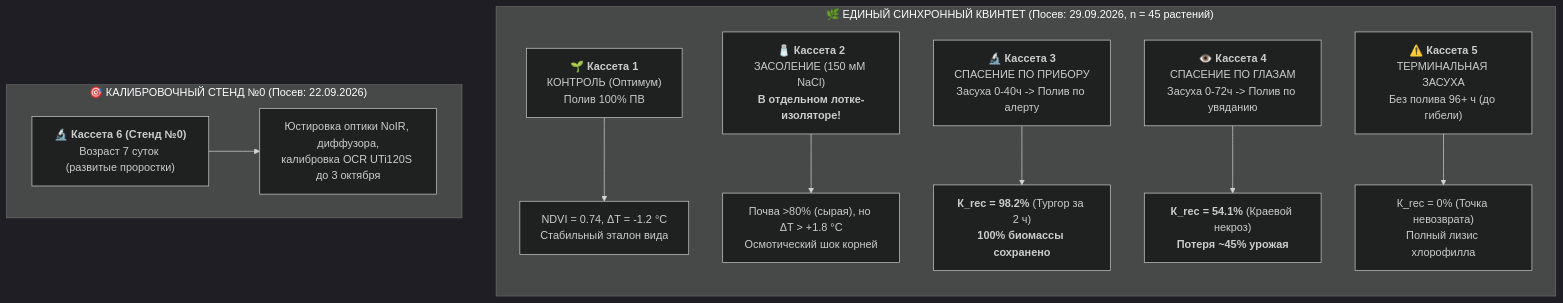
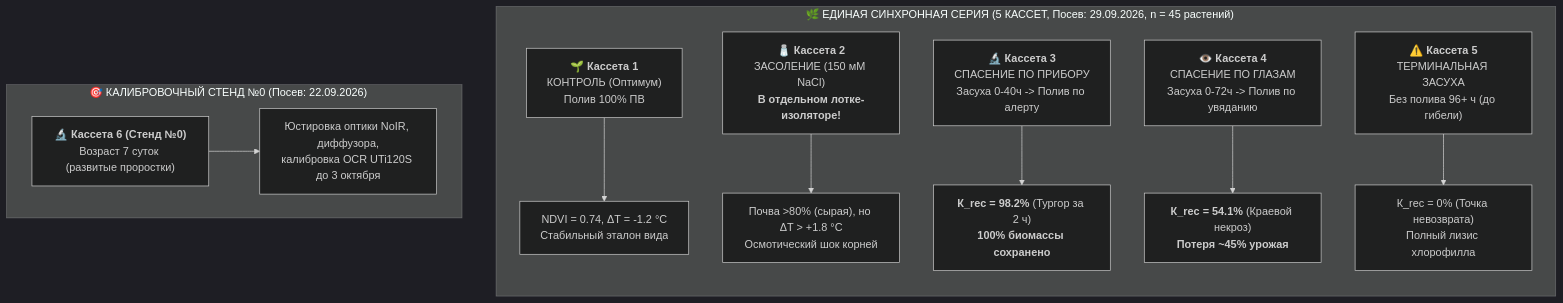
One commit to ezicvtumane/plant-stress-ndvi changed the diagram in README.md. Above: the diagram before and after it, drawn with Mermaid (dark theme). The commit also changed other lines of this file and 12 other files, not shown here.

Commit message:
feat(aruco): add colored perimeter borders to markers matching paper, sync web station colors, replace квинтет with 5 кассет

````diff
--- a/README.md
+++ b/README.md
@@ -159,15 +159,15 @@
 ```mermaid
 flowchart TD
-    subgraph S5["🌿 ЕДИНЫЙ СИНХРОННЫЙ КВИНТЕТ (Посев: 29.09.2026, n = 45 растений)&nbsp;&nbsp;&nbsp;&nbsp;"]
+    subgraph S5["🌿 ЕДИНАЯ СИНХРОННАЯ СЕРИЯ (5 КАССЕТ, Посев: 29.09.2026, n = 45 растений)&nbsp;&nbsp;&nbsp;&nbsp;"]
         direction TB
         C1["🌱 <b>Кассета 1</b><br/>КОНТРОЛЬ (Оптимум)<br/>Полив 100% ПВ"] --> R1["NDVI = 0.74, ΔT = -1.2 °C<br/>Стабильный эталон вида"]
         C2["🧂 <b>Кассета 2</b><br/>ЗАСОЛЕНИЕ (150 мМ NaCl)<br/><b>В отдельном лотке-изоляторе!</b>"] --> R2["Почва >80% (сырая), но ΔT > +1.8 °C<br/>Осмотический шок корней"]
         C3["🔬 <b>Кассета 3</b><br/>СПАСЕНИЕ ПО ПРИБОРУ<br/>Засуха 0-40ч -> Полив по алерту"] --> R3["<b>К_rec = 98.2%</b> (Тургор за 2 ч)<br/><b>100% биомассы сохранено</b>"]
         C4["👁️ <b>Кассета 4</b><br/>СПАСЕНИЕ ПО ГЛАЗАМ<br/>Засуха 0-72ч -> Полив по увяданию"] --> R4["<b>К_rec = 54.1%</b> (Краевой некроз)<br/><b>Потеря ~45% урожая</b>"]
         C5["⚠️ <b>Кассета 5</b><br/>ТЕРМИНАЛЬНАЯ ЗАСУХА<br/>Без полива 96+ ч (до гибели)"] --> R5["К_rec = 0% (Точка невозврата)<br/>Полный лизис хлорофилла"]
     end
 
     subgraph Calib["🎯 КАЛИБРОВОЧНЫЙ СТЕНД №0 (Посев: 22.09.2026)&nbsp;&nbsp;&nbsp;&nbsp;"]
         C0["🔬 <b>Кассета 6 (Стенд №0)</b><br/>Возраст 7 суток (развитые проростки)"] --> R0["Юстировка оптики NoIR, диффузора,<br/>калибровка OCR UTi120S до 3 октября"]
     end
 ```
````
